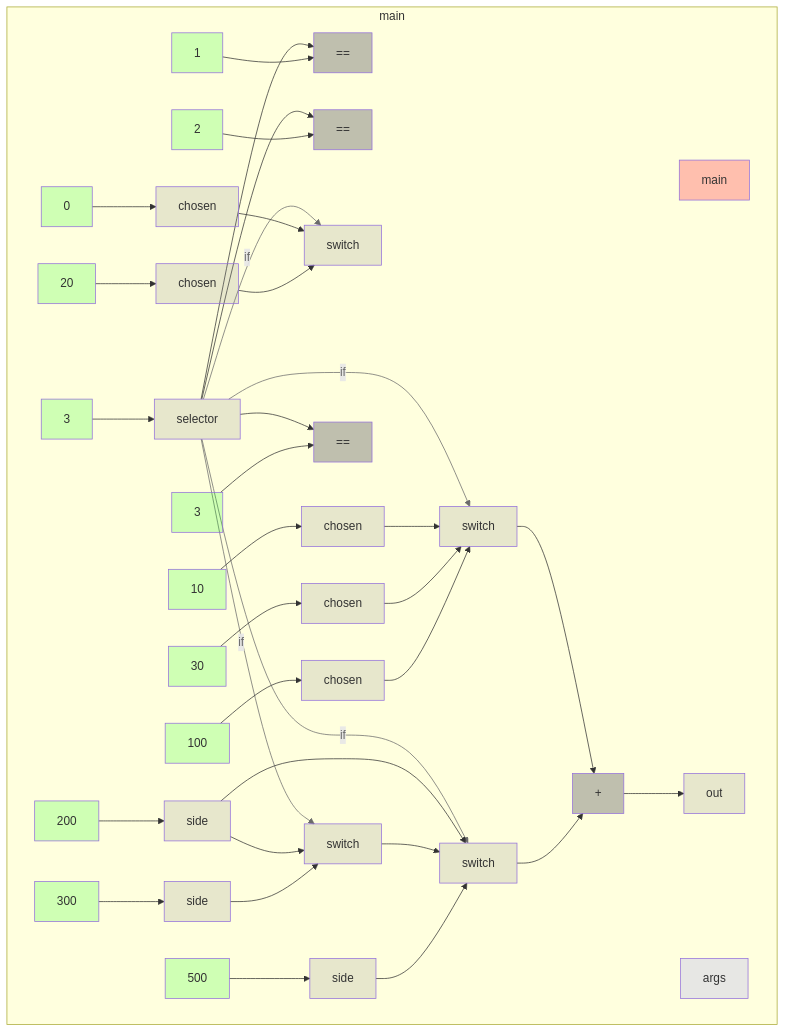
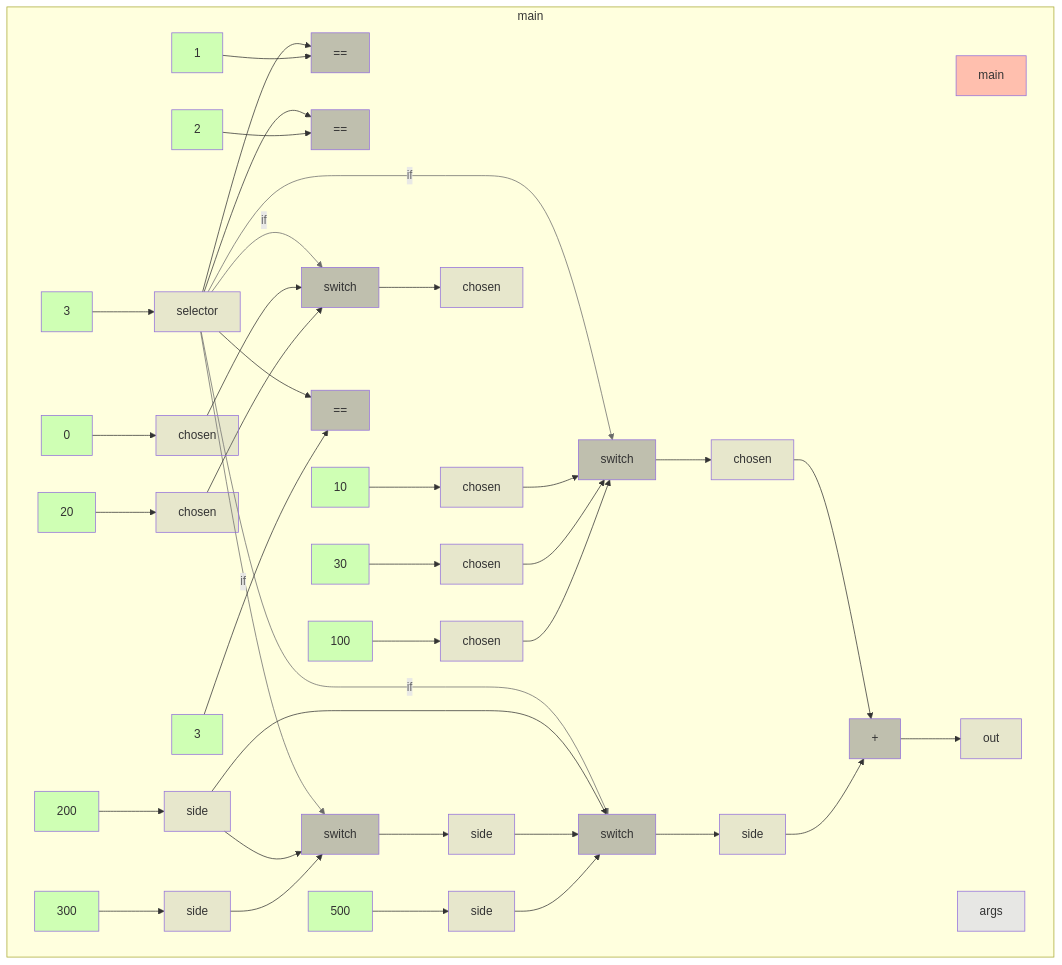
The diagram in app/src/test/resources/switchStatement/truth.md (gstiebler/codeflow), drawn with Mermaid before and after one commit. The commit also changed 6 other files, not shown here.

```diff
--- a/app/src/test/resources/switchStatement/truth.md
+++ b/app/src/test/resources/switchStatement/truth.md
@@ -19,52 +19,60 @@
     n16[chosen]:::VARIABLE
     n17[300]:::LITERAL
     n18[side]:::VARIABLE
-    n19[switch]:::VARIABLE
-    n20[switch]:::VARIABLE
-    n21[3]:::LITERAL
-    n22[==]:::BIN_OP
-    n23[30]:::LITERAL
-    n24[chosen]:::VARIABLE
-    n25[100]:::LITERAL
+    n19[switch]:::BIN_OP
+    n20[chosen]:::VARIABLE
+    n21[switch]:::BIN_OP
+    n22[side]:::VARIABLE
+    n23[3]:::LITERAL
+    n24[==]:::BIN_OP
+    n25[30]:::LITERAL
     n26[chosen]:::VARIABLE
-    n27[500]:::LITERAL
-    n28[side]:::VARIABLE
-    n29[switch]:::VARIABLE
-    n30[switch]:::VARIABLE
-    n31[+]:::BIN_OP
-    n32[out]:::VARIABLE
+    n27[100]:::LITERAL
+    n28[chosen]:::VARIABLE
+    n29[500]:::LITERAL
+    n30[side]:::VARIABLE
+    n31[switch]:::BIN_OP
+    n32[chosen]:::VARIABLE
+    n33[switch]:::BIN_OP
+    n34[side]:::VARIABLE
+    n35[+]:::BIN_OP
+    n36[out]:::VARIABLE
     n3[3]:::LITERAL --> n4[selector]:::VARIABLE
     n4[selector]:::VARIABLE --> n10[==]:::BIN_OP
     n4[selector]:::VARIABLE --> n14[==]:::BIN_OP
-    n4[selector]:::VARIABLE -->|if| n19[switch]:::VARIABLE
-    n4[selector]:::VARIABLE -->|if| n20[switch]:::VARIABLE
-    n4[selector]:::VARIABLE --> n22[==]:::BIN_OP
-    n4[selector]:::VARIABLE -->|if| n29[switch]:::VARIABLE
-    n4[selector]:::VARIABLE -->|if| n30[switch]:::VARIABLE
+    n4[selector]:::VARIABLE -->|if| n19[switch]:::BIN_OP
+    n4[selector]:::VARIABLE -->|if| n21[switch]:::BIN_OP
+    n4[selector]:::VARIABLE --> n24[==]:::BIN_OP
+    n4[selector]:::VARIABLE -->|if| n31[switch]:::BIN_OP
+    n4[selector]:::VARIABLE -->|if| n33[switch]:::BIN_OP
     n5[0]:::LITERAL --> n6[chosen]:::VARIABLE
-    n6[chosen]:::VARIABLE --> n19[switch]:::VARIABLE
+    n6[chosen]:::VARIABLE --> n19[switch]:::BIN_OP
     n7[200]:::LITERAL --> n8[side]:::VARIABLE
-    n8[side]:::VARIABLE --> n20[switch]:::VARIABLE
-    n8[side]:::VARIABLE --> n30[switch]:::VARIABLE
+    n8[side]:::VARIABLE --> n21[switch]:::BIN_OP
+    n8[side]:::VARIABLE --> n33[switch]:::BIN_OP
     n9[1]:::LITERAL --> n10[==]:::BIN_OP
     n11[10]:::LITERAL --> n12[chosen]:::VARIABLE
-    n12[chosen]:::VARIABLE --> n29[switch]:::VARIABLE
+    n12[chosen]:::VARIABLE --> n31[switch]:::BIN_OP
     n13[2]:::LITERAL --> n14[==]:::BIN_OP
     n15[20]:::LITERAL --> n16[chosen]:::VARIABLE
-    n16[chosen]:::VARIABLE --> n19[switch]:::VARIABLE
+    n16[chosen]:::VARIABLE --> n19[switch]:::BIN_OP
     n17[300]:::LITERAL --> n18[side]:::VARIABLE
-    n18[side]:::VARIABLE --> n20[switch]:::VARIABLE
-    n20[switch]:::VARIABLE --> n30[switch]:::VARIABLE
-    n21[3]:::LITERAL --> n22[==]:::BIN_OP
-    n23[30]:::LITERAL --> n24[chosen]:::VARIABLE
-    n24[chosen]:::VARIABLE --> n29[switch]:::VARIABLE
-    n25[100]:::LITERAL --> n26[chosen]:::VARIABLE
-    n26[chosen]:::VARIABLE --> n29[switch]:::VARIABLE
-    n27[500]:::LITERAL --> n28[side]:::VARIABLE
-    n28[side]:::VARIABLE --> n30[switch]:::VARIABLE
-    n29[switch]:::VARIABLE --> n31[+]:::BIN_OP
-    n30[switch]:::VARIABLE --> n31[+]:::BIN_OP
-    n31[+]:::BIN_OP --> n32[out]:::VARIABLE
+    n18[side]:::VARIABLE --> n21[switch]:::BIN_OP
+    n19[switch]:::BIN_OP --> n20[chosen]:::VARIABLE
+    n21[switch]:::BIN_OP --> n22[side]:::VARIABLE
+    n22[side]:::VARIABLE --> n33[switch]:::BIN_OP
+    n23[3]:::LITERAL --> n24[==]:::BIN_OP
+    n25[30]:::LITERAL --> n26[chosen]:::VARIABLE
+    n26[chosen]:::VARIABLE --> n31[switch]:::BIN_OP
+    n27[100]:::LITERAL --> n28[chosen]:::VARIABLE
+    n28[chosen]:::VARIABLE --> n31[switch]:::BIN_OP
+    n29[500]:::LITERAL --> n30[side]:::VARIABLE
+    n30[side]:::VARIABLE --> n33[switch]:::BIN_OP
+    n31[switch]:::BIN_OP --> n32[chosen]:::VARIABLE
+    n32[chosen]:::VARIABLE --> n35[+]:::BIN_OP
+    n33[switch]:::BIN_OP --> n34[side]:::VARIABLE
+    n34[side]:::VARIABLE --> n35[+]:::BIN_OP
+    n35[+]:::BIN_OP --> n36[out]:::VARIABLE
   end
   linkStyle 3 stroke:#6a6a6a,color:#6a6a6a
   linkStyle 4 stroke:#6a6a6a,color:#6a6a6a
```
